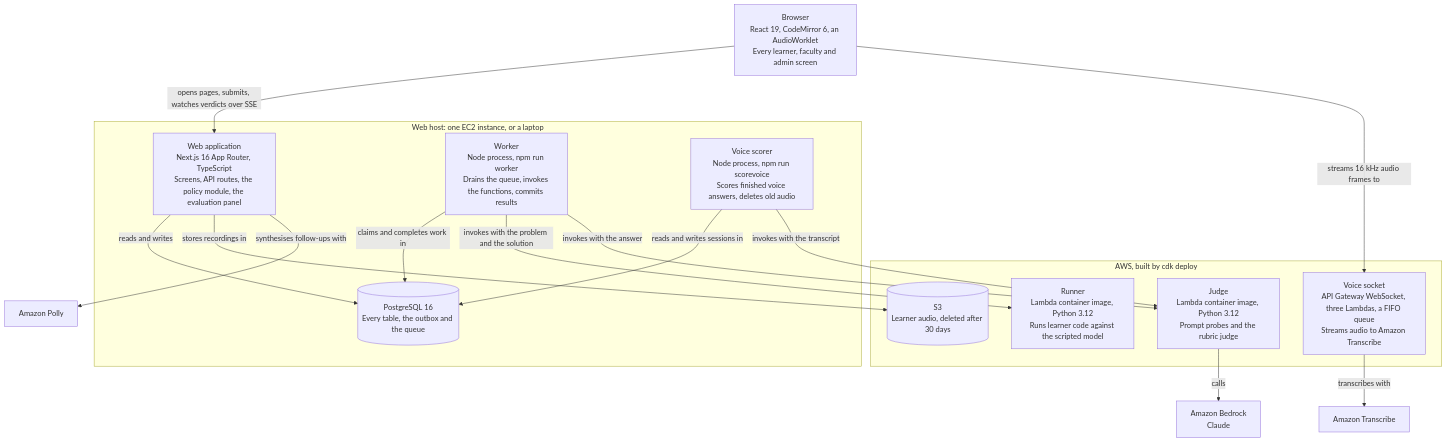
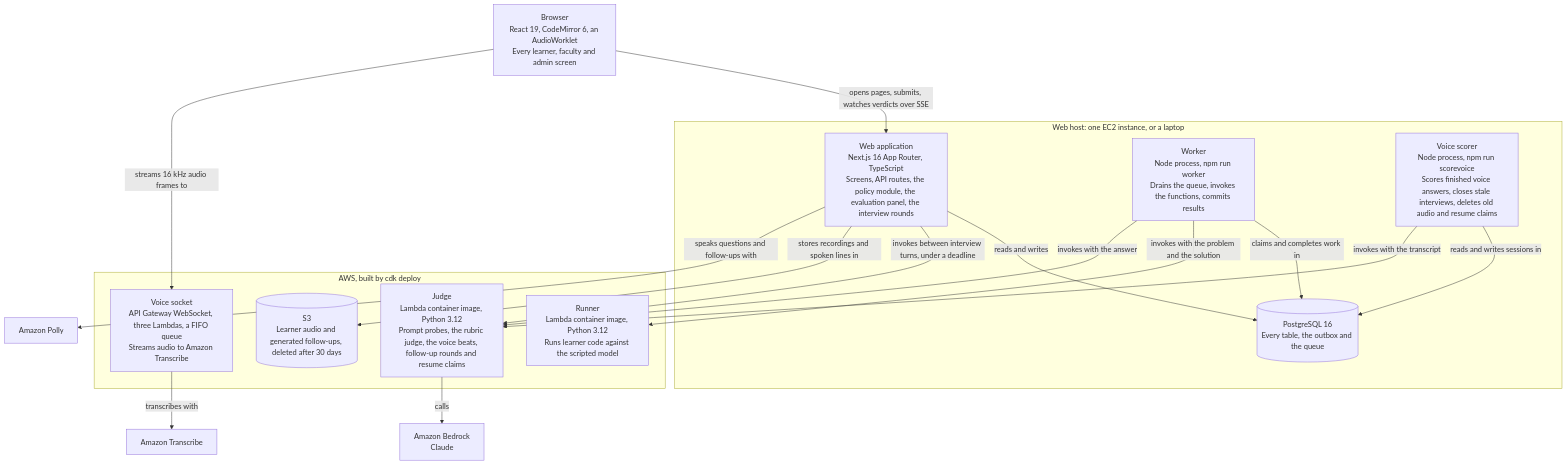
Before and after one commit to fde-academy-lab/fdeprep: the third of 12 diagrams in README.md, drawn with Mermaid. The commit also changed other lines of this file and 14 other files, not shown here.

````diff
--- a/README.md
+++ b/README.md
@@ -268,31 +281,32 @@
 ```mermaid
 flowchart TB
   browser["Browser<br/>React 19, CodeMirror 6, an AudioWorklet<br/>Every learner, faculty and admin screen"]
   subgraph host["Web host: one EC2 instance, or a laptop"]
-    web["Web application<br/>Next.js 16 App Router, TypeScript<br/>Screens, API routes, the policy module, the evaluation panel"]
+    web["Web application<br/>Next.js 16 App Router, TypeScript<br/>Screens, API routes, the policy module, the evaluation panel, the interview rounds"]
     worker["Worker<br/>Node process, npm run worker<br/>Drains the queue, invokes the functions, commits results"]
-    scorer["Voice scorer<br/>Node process, npm run scorevoice<br/>Scores finished voice answers, deletes old audio"]
+    scorer["Voice scorer<br/>Node process, npm run scorevoice<br/>Scores finished voice answers, closes stale interviews, deletes old audio and resume claims"]
     db[("PostgreSQL 16<br/>Every table, the outbox and the queue")]
   end
   subgraph aws["AWS, built by cdk deploy"]
     runner["Runner<br/>Lambda container image, Python 3.12<br/>Runs learner code against the scripted model"]
-    judge["Judge<br/>Lambda container image, Python 3.12<br/>Prompt probes and the rubric judge"]
+    judge["Judge<br/>Lambda container image, Python 3.12<br/>Prompt probes, the rubric judge, the voice beats, follow-up rounds and resume claims"]
     socket["Voice socket<br/>API Gateway WebSocket, three Lambdas, a FIFO queue<br/>Streams audio to Amazon Transcribe"]
-    audio[("S3<br/>Learner audio, deleted after 30 days")]
+    audio[("S3<br/>Learner audio and generated follow-ups, deleted after 30 days")]
   end
   bedrock["Amazon Bedrock<br/>Claude"]
   transcribe["Amazon Transcribe"]
   polly["Amazon Polly"]
   browser -->|"opens pages, submits, watches verdicts over SSE"| web
   browser -->|"streams 16 kHz audio frames to"| socket
   web -->|"reads and writes"| db
   worker -->|"claims and completes work in"| db
   scorer -->|"reads and writes sessions in"| db
   worker -->|"invokes with the problem and the solution"| runner
   worker -->|"invokes with the answer"| judge
   scorer -->|"invokes with the transcript"| judge
+  web -->|"invokes between interview turns, under a deadline"| judge
   judge -->|"calls"| bedrock
   socket -->|"transcribes with"| transcribe
-  web -->|"stores recordings in"| audio
-  web -->|"synthesises follow-ups with"| polly
+  web -->|"stores recordings and spoken lines in"| audio
+  web -->|"speaks questions and follow-ups with"| polly
 ```
````
